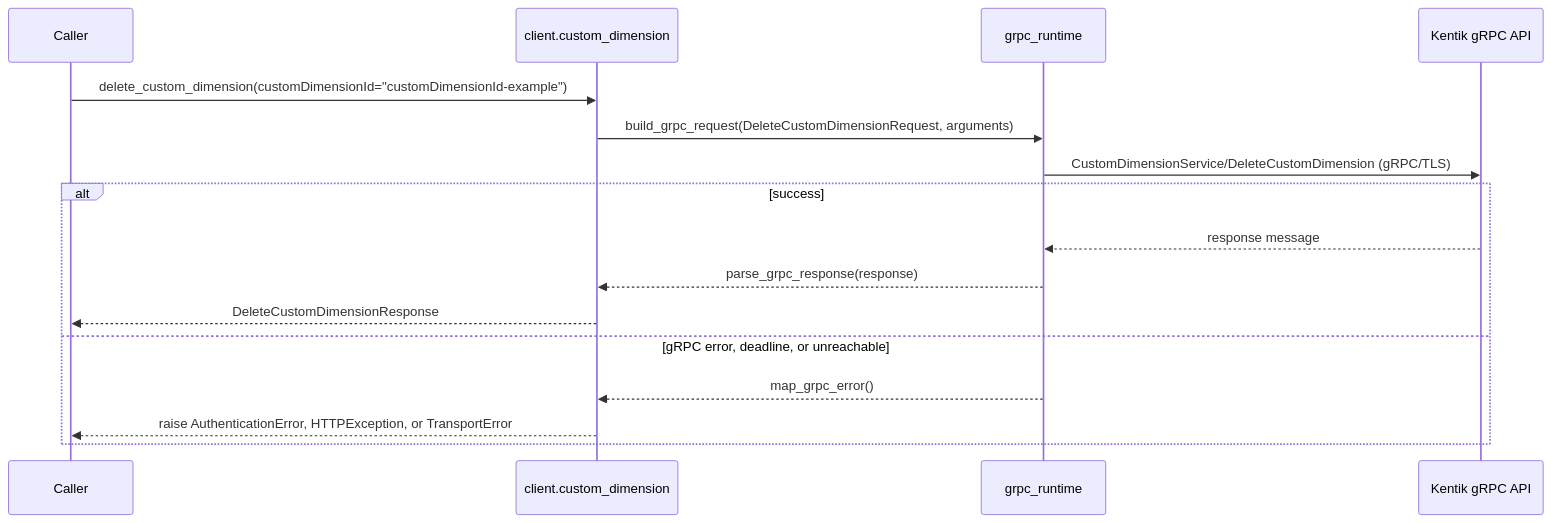
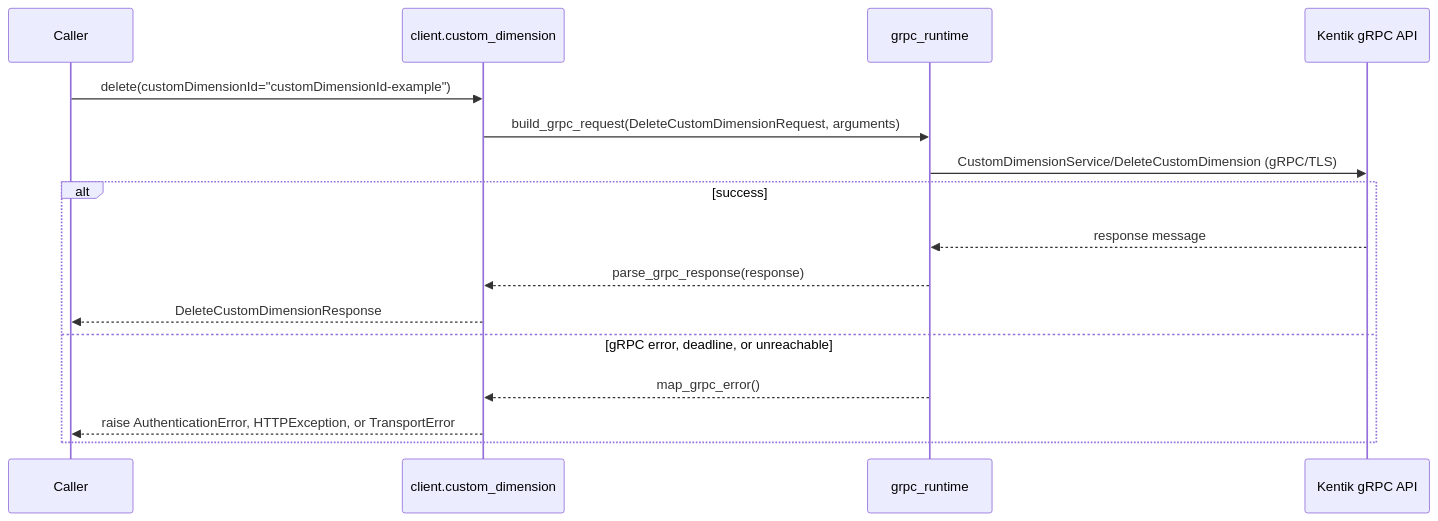
One commit to alexdearaujo/community_sdk_python changed the ninth of 22 diagrams in docs/sphinx/services/custom_dimension.md. Above: the diagram before and after it, drawn with Mermaid. The commit also changed other lines of this file and 119 other files, not shown here.

````diff
--- a/docs/sphinx/services/custom_dimension.md
+++ b/docs/sphinx/services/custom_dimension.md
@@ -282,19 +282,19 @@
 ```mermaid
 sequenceDiagram
     participant C as Caller
     participant W as client.custom_dimension
     participant R as grpc_runtime
     participant API as Kentik gRPC API
 
-    C->>W: delete_custom_dimension(customDimensionId="customDimensionId-example")
+    C->>W: delete(customDimensionId="customDimensionId-example")
     W->>R: build_grpc_request(DeleteCustomDimensionRequest, arguments)
     R->>API: CustomDimensionService/DeleteCustomDimension (gRPC/TLS)
     alt success
         API-->>R: response message
         R-->>W: parse_grpc_response(response)
         W-->>C: DeleteCustomDimensionResponse
     else gRPC error, deadline, or unreachable
         R-->>W: map_grpc_error()
         W-->>C: raise AuthenticationError, HTTPException, or TransportError
     end
 ```
````
